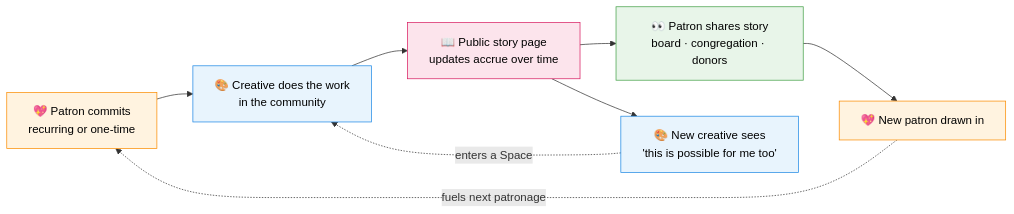
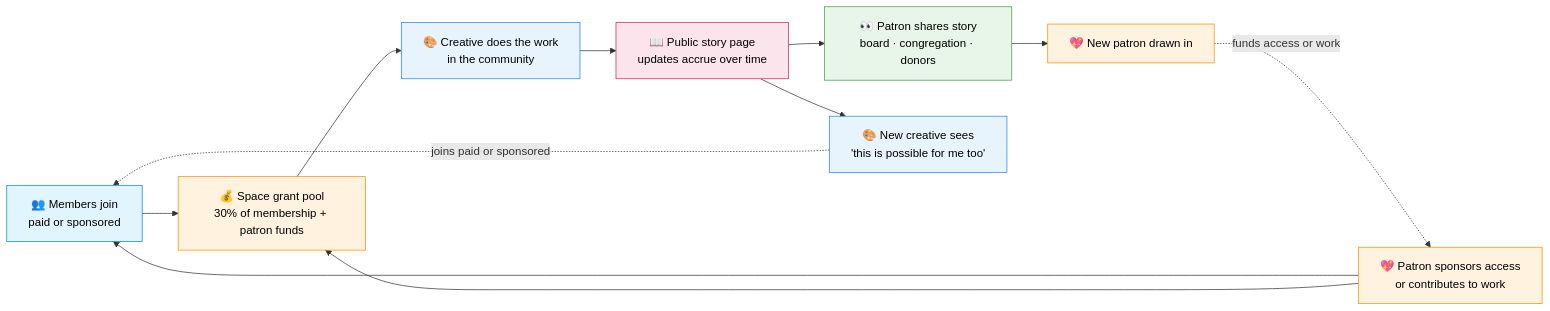
The fourth of 5 diagrams in docs/the-exchange-vision.md (rockodragon/wonderwall), drawn with Mermaid before and after one commit. The commit also changed other lines of this file and 7 other files, not shown here.

````diff
--- a/docs/the-exchange-vision.md
+++ b/docs/the-exchange-vision.md
@@ -355,22 +370,28 @@
 ```mermaid
 flowchart LR
     classDef creative fill:#E8F4FD,stroke:#1E88E5,color:#000
+    classDef member fill:#E1F5FE,stroke:#0288D1,color:#000
     classDef sponsor fill:#FFF3E0,stroke:#FB8C00,color:#000
     classDef public fill:#FCE4EC,stroke:#D81B60,color:#000
     classDef new fill:#E8F5E9,stroke:#43A047,color:#000
 
-    PATRON[💖 Patron commits<br/>recurring or one-time]:::sponsor
+    MEMBER[👥 Members join<br/>paid or sponsored]:::member
+    POOL[💰 Space grant pool<br/>30% of membership + patron funds]:::sponsor
+    PATRON[💖 Patron sponsors access<br/>or contributes to work]:::sponsor
     CREATIVE[🎨 Creative does the work<br/>in the community]:::creative
     STORY[📖 Public story page<br/>updates accrue over time]:::public
     SHARE[👀 Patron shares story<br/>board · congregation · donors]:::new
     INBOUND[💖 New patron drawn in]:::sponsor
     NEWCREATIVE[🎨 New creative sees<br/>'this is possible for me too']:::creative
 
-    PATRON --> CREATIVE
+    MEMBER --> POOL
+    PATRON --> MEMBER
+    PATRON --> POOL
+    POOL --> CREATIVE
     CREATIVE --> STORY
     STORY --> SHARE
     SHARE --> INBOUND
     STORY --> NEWCREATIVE
-    INBOUND -. fuels next patronage .-> PATRON
-    NEWCREATIVE -. enters a Space .-> CREATIVE
+    INBOUND -. funds access or work .-> PATRON
+    NEWCREATIVE -. joins paid or sponsored .-> MEMBER
 ```
````
